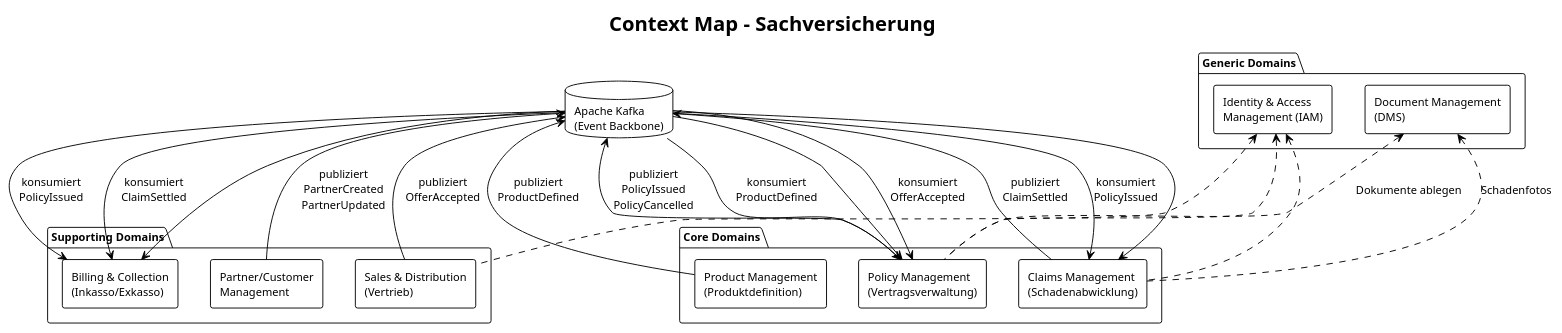
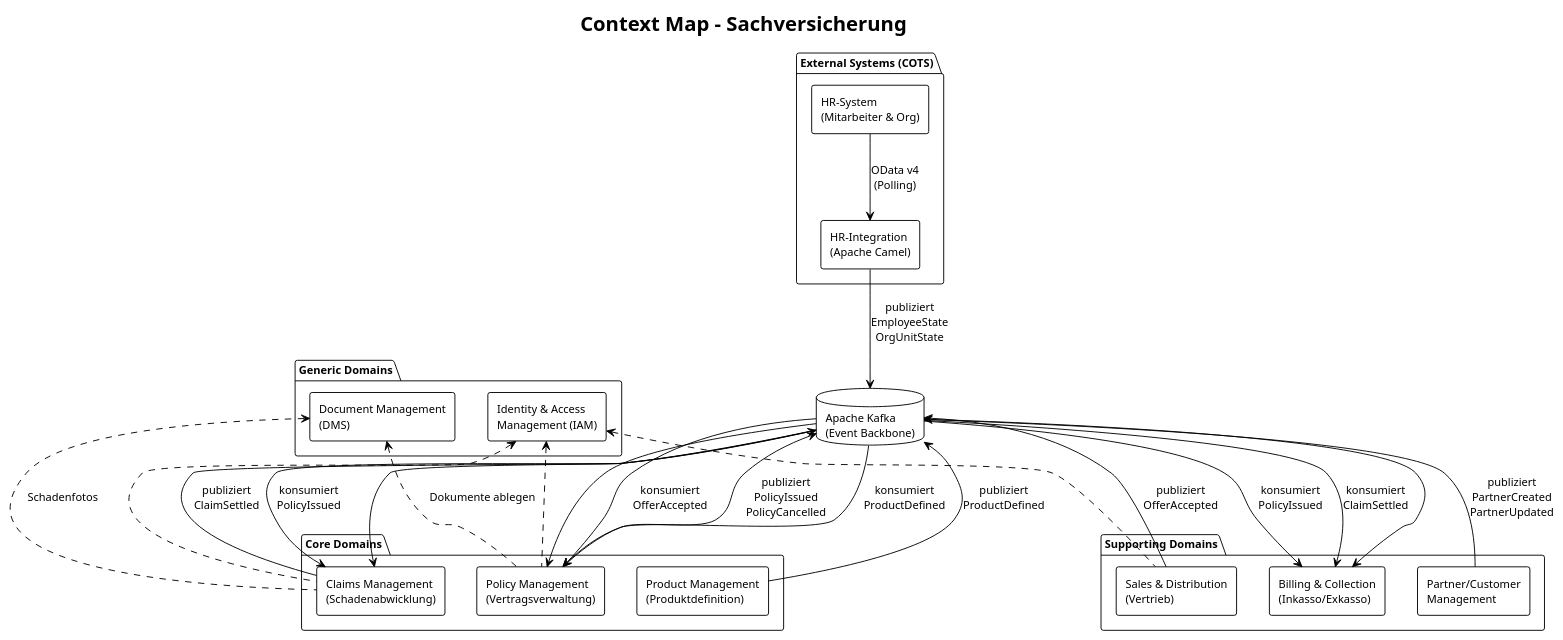
The first of 16 diagrams in specs/arc42.md (LukasW/datamesh), drawn with PlantUML before and after one commit. The commit also changed other lines of this file and 93 other files, not shown here.

````diff
--- a/specs/arc42.md
+++ b/specs/arc42.md
@@ -77,59 +82,68 @@
 ```plantuml
 @startuml context-map
 !theme plain
 skinparam componentStyle rectangle
 skinparam defaultFontSize 12
 
 title Context Map – Sachversicherung
 
 package "Core Domains" {
   component [Product Management\n(Produktdefinition)] as PM
   component [Policy Management\n(Vertragsverwaltung)] as POL
   component [Claims Management\n(Schadenabwicklung)] as CLM
 }
 
 package "Supporting Domains" {
   component [Partner/Customer\nManagement] as PCM
   component [Billing & Collection\n(Inkasso/Exkasso)] as BIL
   component [Sales & Distribution\n(Vertrieb)] as SAL
 }
 
 package "Generic Domains" {
   component [Document Management\n(DMS)] as DMS
   component [Identity & Access\nManagement (IAM)] as IAM
+}
+
+package "External Systems (COTS)" {
+  component [HR-System\n(Mitarbeiter & Org)] as HRS
+  component [HR-Integration\n(Apache Camel)] as HRI
 }
 
 database "Apache Kafka\n(Event Backbone)" as KAFKA
 
 ' Customer/Supplier
 PM -down-> KAFKA : publiziert\nProductDefined
 KAFKA -down-> POL : konsumiert\nProductDefined
 
 ' Upstream/Downstream
 POL -down-> KAFKA : publiziert\nPolicyIssued\nPolicyCancelled
 KAFKA -down-> CLM : konsumiert\nPolicyIssued
 KAFKA -down-> BIL : konsumiert\nPolicyIssued
 
 ' Claims triggers Billing
 CLM -down-> KAFKA : publiziert\nClaimSettled
 KAFKA -down-> BIL : konsumiert\nClaimSettled
 
 ' Partner referenced by many
 PCM -down-> KAFKA : publiziert\nPartnerCreated\nPartnerUpdated
 KAFKA --> POL
 KAFKA --> CLM
 KAFKA --> BIL
 
 ' Sales feeds Policy
 SAL -down-> KAFKA : publiziert\nOfferAccepted
 KAFKA -down-> POL : konsumiert\nOfferAccepted
 
 ' Generic services
 DMS <.. POL : Dokumente ablegen
 DMS <.. CLM : Schadenfotos
 IAM <.. POL
 IAM <.. CLM
 IAM <.. SAL
 
+' External HR System
+HRS -down-> HRI : OData v4\n(Polling)
+HRI -down-> KAFKA : publiziert\nEmployeeState\nOrgUnitState
+
 @enduml
 ```
````
